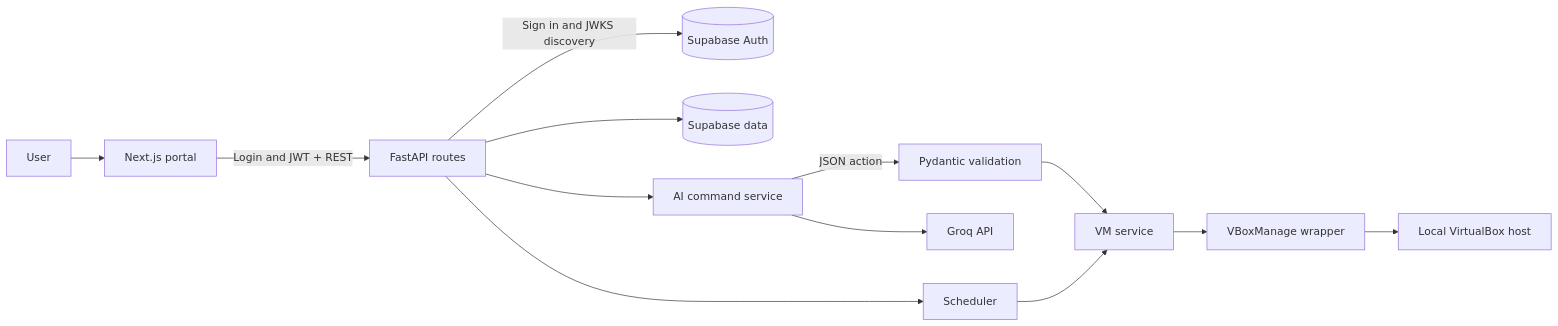
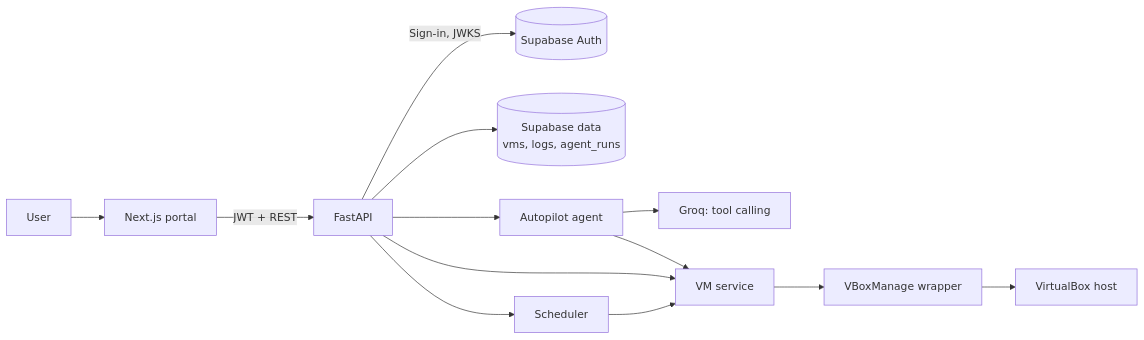
The second of 2 diagrams in README.md (anassoooo/NexVM), drawn with Mermaid before and after one commit. The commit also changed other lines of this file and 1 other file, not shown here.

Commit message:
docs: README for Autopilot and evals; spec 013 progress

````diff
--- a/README.md
+++ b/README.md
@@ -9,15 +68,14 @@
 ```mermaid
 flowchart LR
   U[User] --> W[Next.js portal]
-  W -->|Login and JWT + REST| F[FastAPI routes]
-  F -->|Sign in and JWKS discovery| S[(Supabase Auth)]
-  F --> DB[(Supabase data)]
-  F --> AI[AI command service]
-  AI -->|JSON action| V[Pydantic validation]
-  V --> VM[VM service]
+  W -->|JWT + REST| F[FastAPI]
+  F -->|Sign-in, JWKS| S[(Supabase Auth)]
+  F --> DB[(Supabase data<br/>vms, logs, agent_runs)]
+  F --> AG[Autopilot agent]
+  AG --> G[Groq: tool calling]
+  AG --> VM[VM service]
+  F --> VM
   VM --> CLI[VBoxManage wrapper]
-  CLI --> H[Local VirtualBox host]
-  AI --> G[Groq API]
-  F --> SCH[Scheduler]
-  SCH --> VM
+  CLI --> H[VirtualBox host]
+  F --> SCH[Scheduler] --> VM
 ```
````
